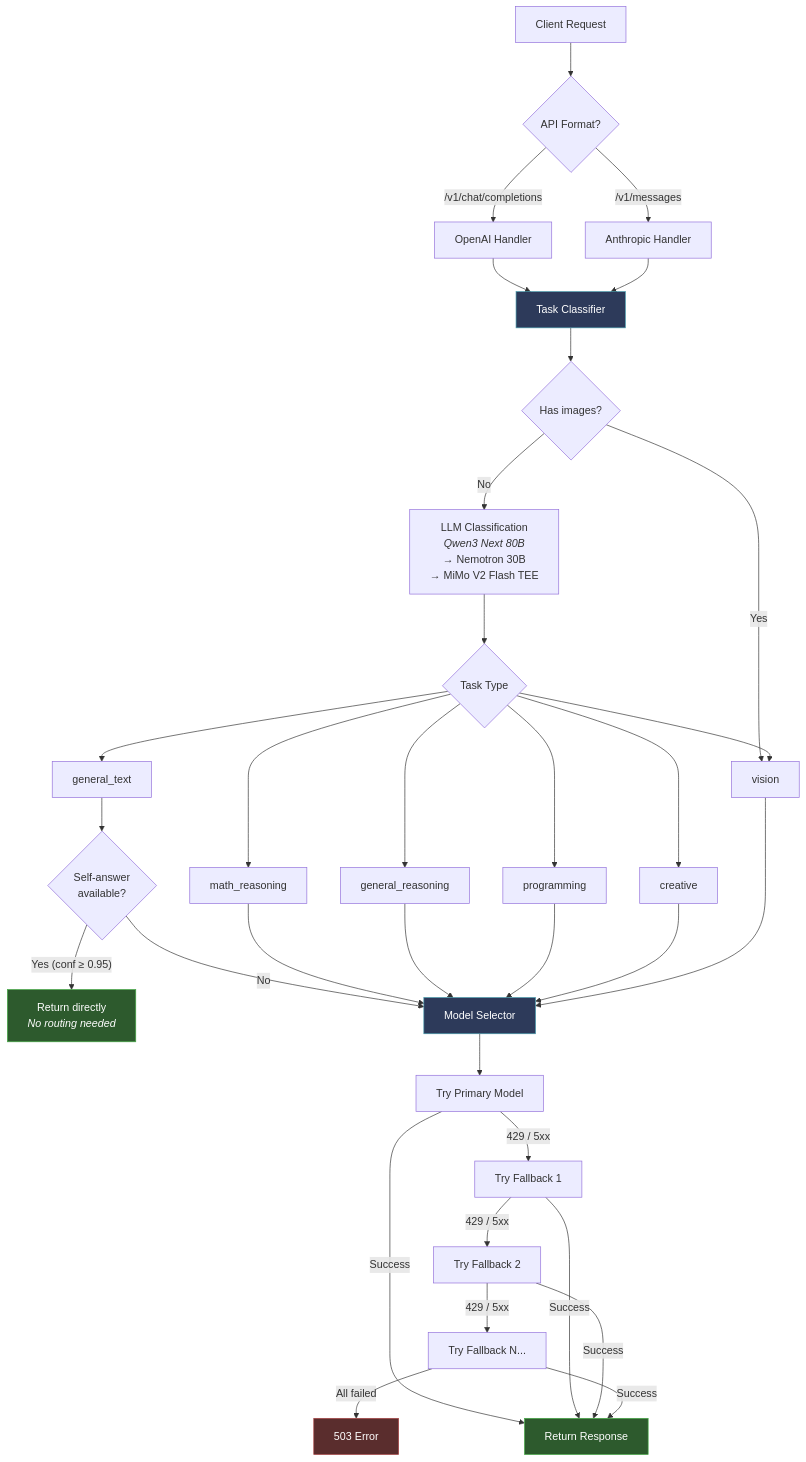
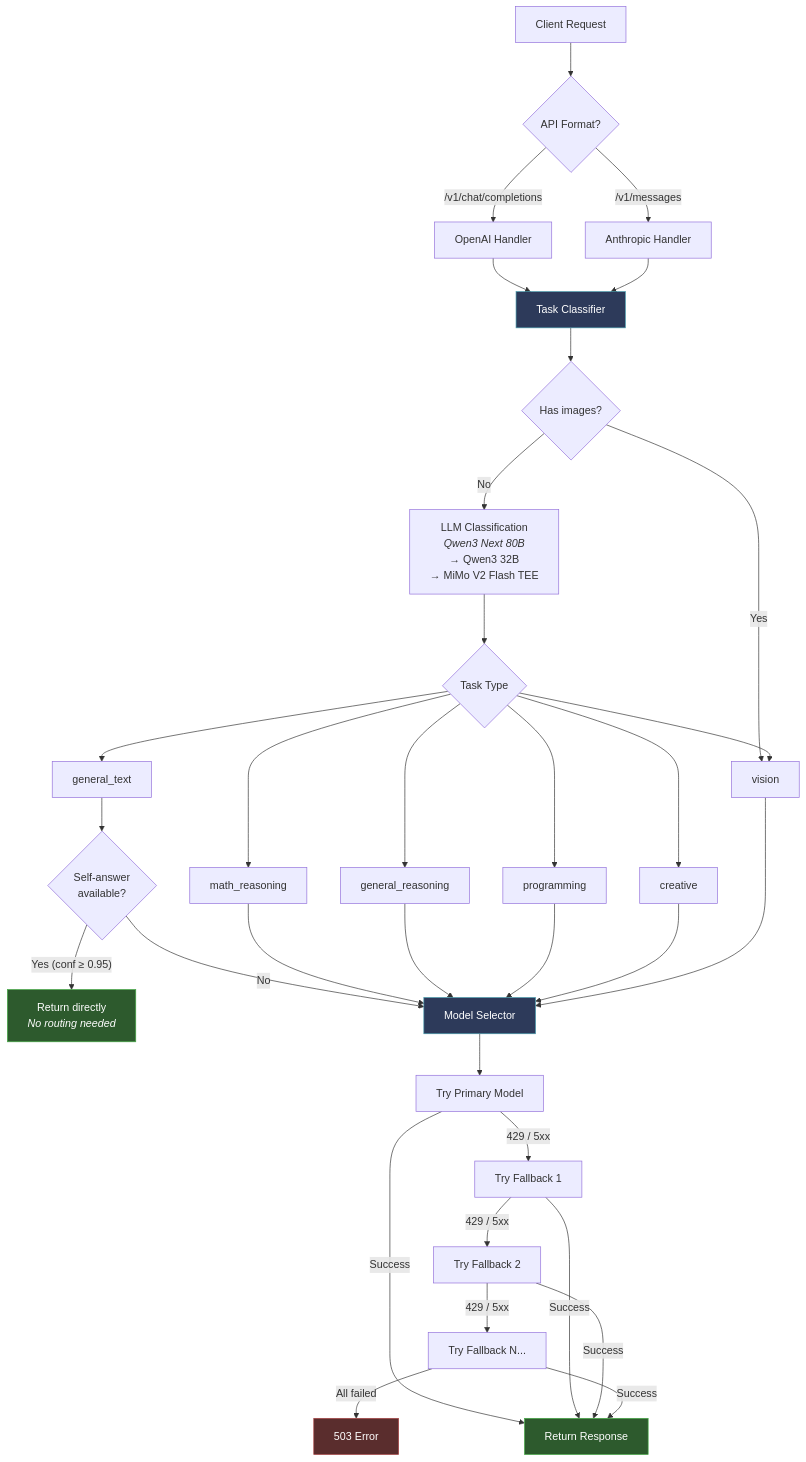
The first of 2 diagrams in README.md (chutesai/model-router), drawn with Mermaid before and after one commit. The commit also changed other lines of this file and 2 other files, not shown here.

Commit message:
Replace dead Nemotron fallback with Qwen

````diff
--- a/README.md
+++ b/README.md
@@ -137,45 +137,45 @@
 ```mermaid
 flowchart TD
     A["Client Request"] --> B{"API Format?"}
     B -->|"/v1/chat/completions"| C["OpenAI Handler"]
     B -->|"/v1/messages"| D["Anthropic Handler"]
     C --> E["Task Classifier"]
     D --> E
 
     E --> F{"Has images?"}
     F -->|Yes| G["vision"]
-    F -->|No| L["LLM Classification<br/><i>Qwen3 Next 80B</i><br/>→ Nemotron 30B<br/>→ MiMo V2 Flash TEE"]
+    F -->|No| L["LLM Classification<br/><i>Qwen3 Next 80B</i><br/>→ Qwen3 32B<br/>→ MiMo V2 Flash TEE"]
 
     L --> M{"Task Type"}
     M --> N["general_text"]
     M --> O["math_reasoning"]
     M --> K["general_reasoning"]
     M --> J["programming"]
     M --> P["creative"]
     M --> G
 
     N --> Q{"Self-answer<br/>available?"}
     Q -->|"Yes (conf ≥ 0.95)"| R["Return directly<br/><i>No routing needed</i>"]
     Q -->|No| S["Model Selector"]
     O --> S
     K --> S
     J --> S
     P --> S
     G --> S
 
     S --> T["Try Primary Model"]
     T -->|"429 / 5xx"| U["Try Fallback 1"]
     U -->|"429 / 5xx"| V["Try Fallback 2"]
     V -->|"429 / 5xx"| W["Try Fallback N..."]
     W -->|"All failed"| X["503 Error"]
     T -->|"Success"| Y["Return Response"]
     U -->|"Success"| Y
     V -->|"Success"| Y
     W -->|"Success"| Y
 
     style R fill:#2d5a2d,stroke:#4a4,color:#fff
     style Y fill:#2d5a2d,stroke:#4a4,color:#fff
     style X fill:#5a2d2d,stroke:#a44,color:#fff
     style E fill:#2d3a5a,stroke:#49a,color:#fff
     style S fill:#2d3a5a,stroke:#49a,color:#fff
 ```
````
